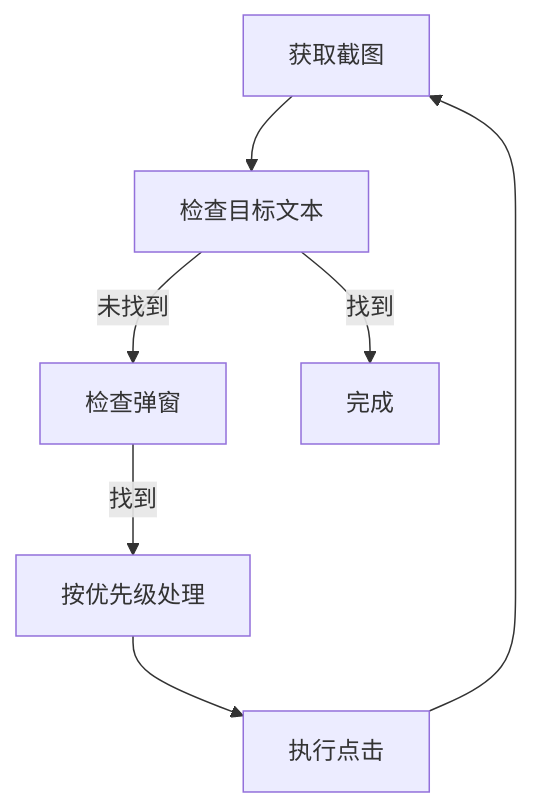
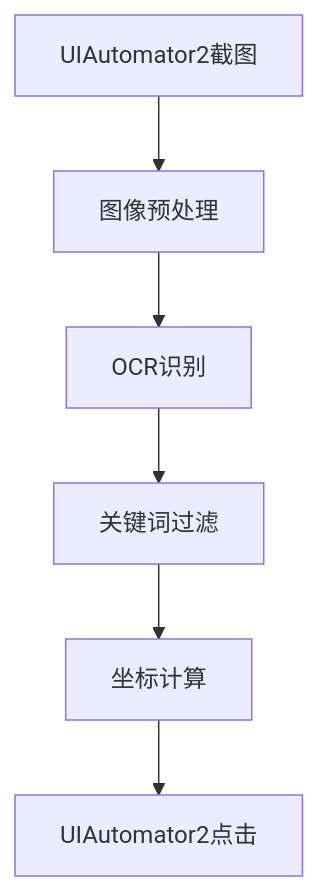
Before and after one commit to DamonLong3912/RPABot: the third of 3 diagrams in docs/design/architecture.md, drawn with Mermaid. The commit also changed other lines of this file and 10 other files, not shown here.

````diff
--- a/docs/design/architecture.md
+++ b/docs/design/architecture.md
@@ -73,9 +81,8 @@
 ```mermaid
 graph TD
-    A[获取截图] --> B[检查目标文本]
-    B -->|未找到| C[检查弹窗]
-    C -->|找到| D[按优先级处理]
-    D --> E[执行点击]
-    E --> A
-    B -->|找到| F[完成]
+    A[UIAutomator2截图] --> B[图像预处理]
+    B --> C[OCR识别]
+    C --> D[关键词过滤]
+    D --> E[坐标计算]
+    E --> F[UIAutomator2点击]
 ```
````
